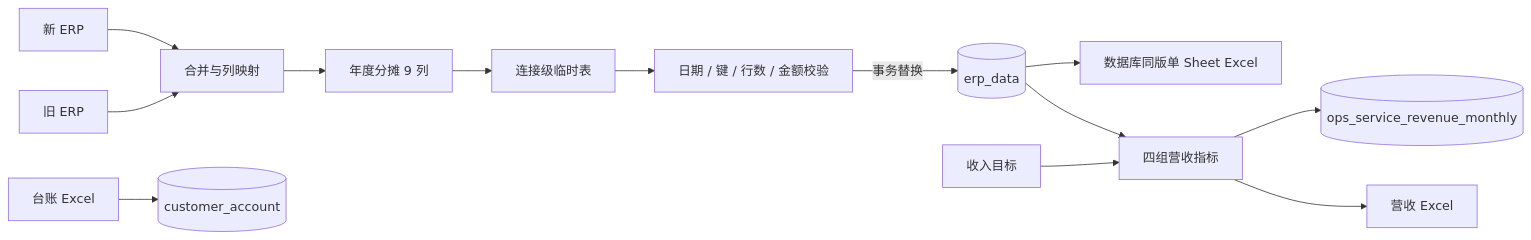
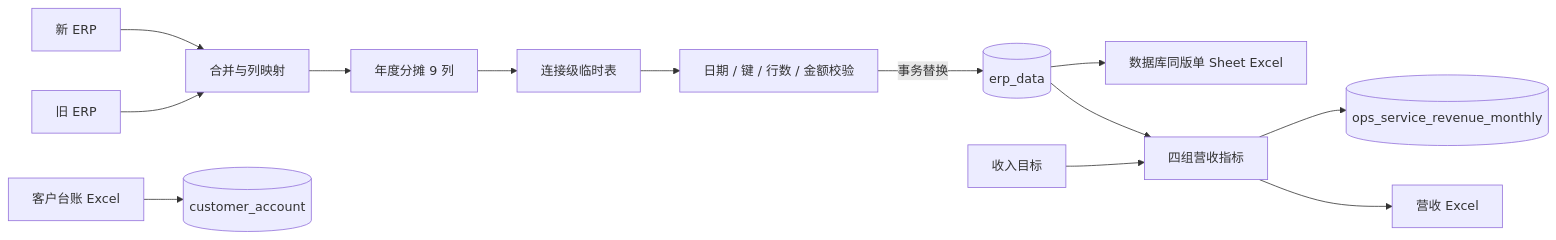
The fourth of 5 diagrams in docs/project_handover_guide.md (TherionAl/work-order-process), drawn with Mermaid before and after one commit. The commit also changed other lines of this file, not shown here.

Commit message:
docs: rename ledger references to customer ledger

````diff
--- a/docs/project_handover_guide.md
+++ b/docs/project_handover_guide.md
@@ -191,15 +191,15 @@
 ```mermaid
 flowchart LR
     N["新 ERP"] --> M["合并与列映射"]
     O["旧 ERP"] --> M
     M --> A["年度分摊 9 列"]
     A --> STAGE["连接级临时表"]
     STAGE --> CHECK["日期 / 键 / 行数 / 金额校验"]
     CHECK -->|事务替换| ERP[("erp_data")]
     ERP --> DOC["数据库同版单 Sheet Excel"]
-    ACCOUNT["台账 Excel"] --> CA[("customer_account")]
+    ACCOUNT["客户台账 Excel"] --> CA[("customer_account")]
     TARGET["收入目标"] --> REV["四组营收指标"]
     ERP --> REV
     REV --> RT[("ops_service_revenue_monthly")]
     REV --> RX["营收 Excel"]
 ```
````
